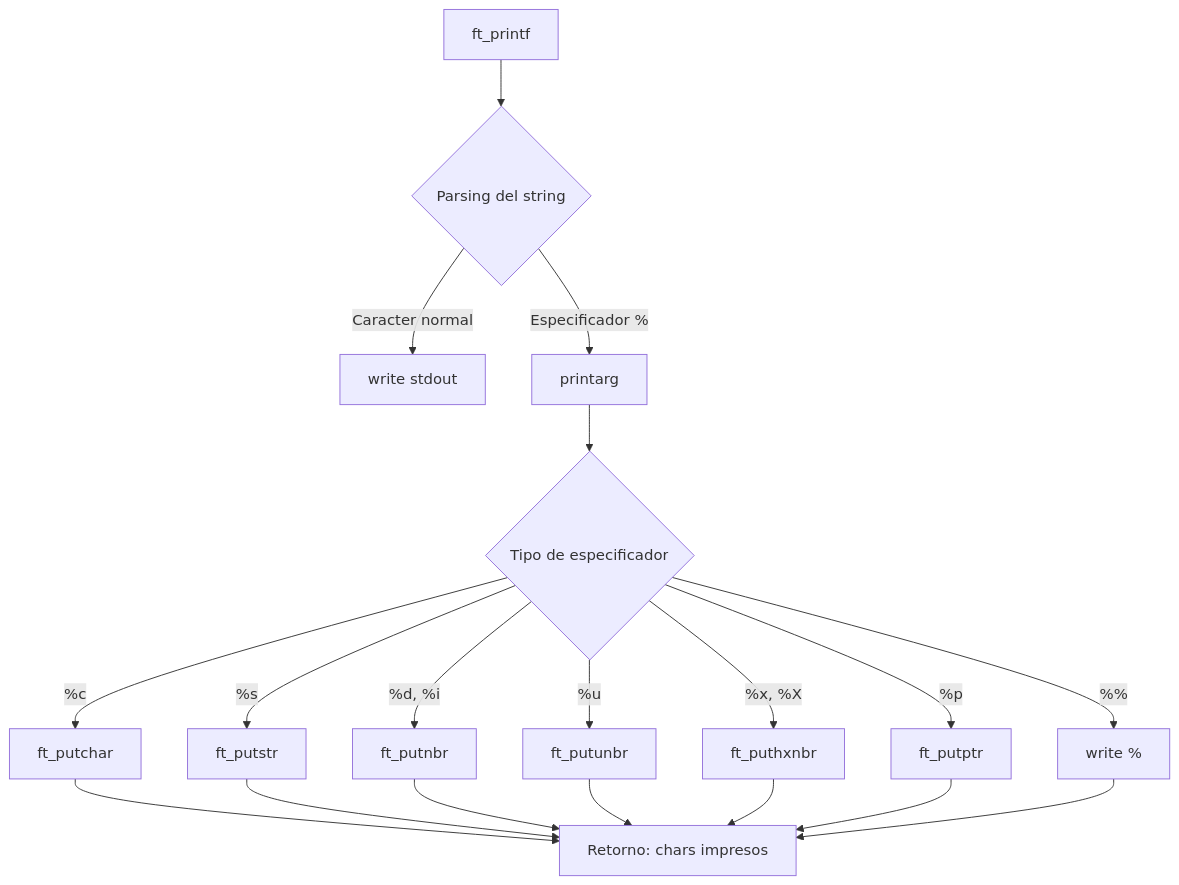
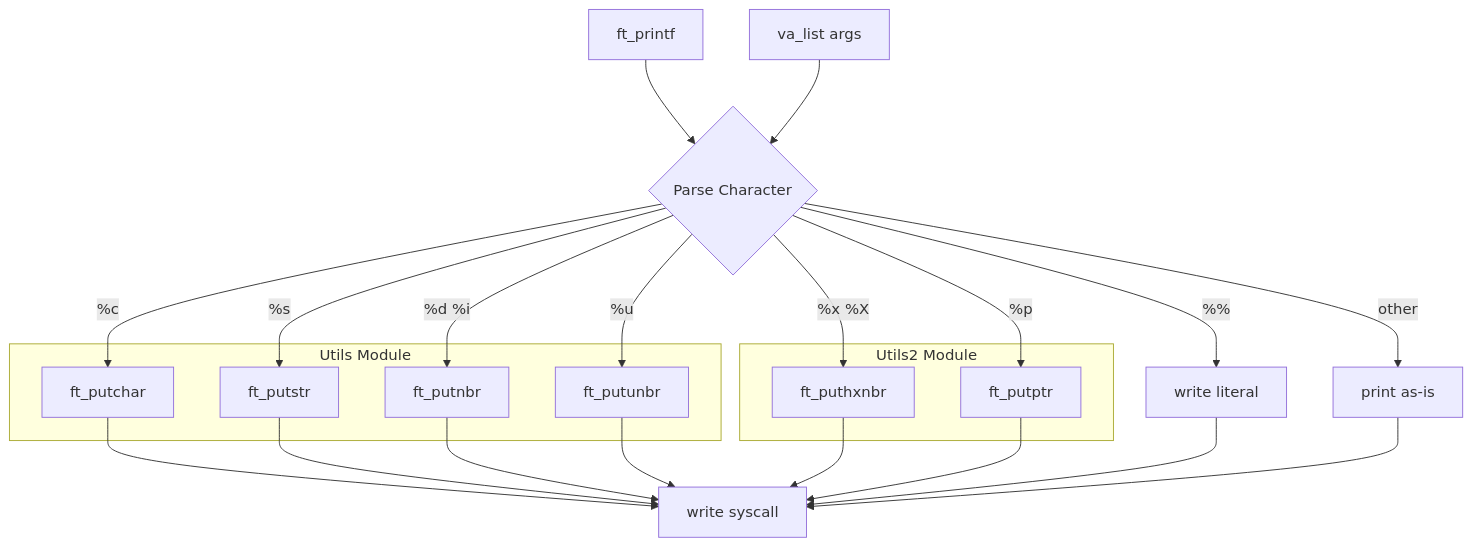
One commit to samuelhm/ft_printf changed the diagram in README.md. Above: the diagram before and after it, drawn with Mermaid. The commit also changed other lines of this file, not shown here.

````diff
--- a/README.md
+++ b/README.md
@@ -36,21 +43,31 @@
 ```mermaid
 flowchart TD
-    A[ft_printf] --> B{Parsing del string}
-    B -->|Caracter normal| C[write stdout]
-    B -->|Especificador %| D[printarg]
-    D --> E{Tipo de especificador}
-    E -->|%c| F[ft_putchar]
-    E -->|%s| G[ft_putstr]
-    E -->|%d, %i| H[ft_putnbr]
-    E -->|%u| I[ft_putunbr]
-    E -->|%x, %X| J[ft_puthxnbr]
-    E -->|%p| K[ft_putptr]
-    E -->|%%| L[write %]
-    F --> M[Retorno: chars impresos]
-    G --> M
-    H --> M
-    I --> M
-    J --> M
-    K --> M
-    L --> M
+    A[ft_printf] --> B{Parse Character}
+    B -->|%c| C[ft_putchar]
+    B -->|%s| D[ft_putstr]
+    B -->|%d %i| E[ft_putnbr]
+    B -->|%u| F[ft_putunbr]
+    B -->|%x %X| G[ft_puthxnbr]
+    B -->|%p| H[ft_putptr]
+    B -->|%%| I[write literal]
+    B -->|other| J[print as-is]
+    C --> K[write syscall]
+    D --> K
+    E --> K
+    F --> K
+    G --> K
+    H --> K
+    I --> K
+    J --> K
+    L[va_list args] --> B
+    subgraph Utils ["Utils Module"]
+        C
+        D
+        E
+        F
+    end
+    subgraph Utils2 ["Utils2 Module"]
+        G
+        H
+    end
 ```
````
